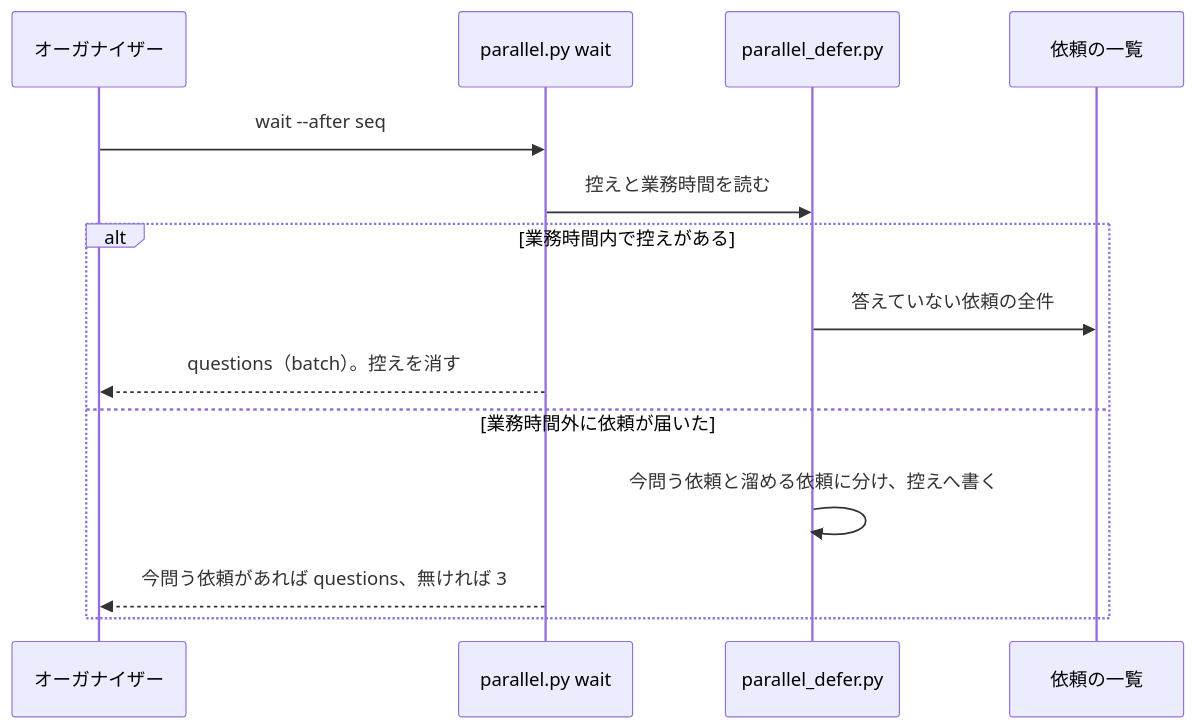
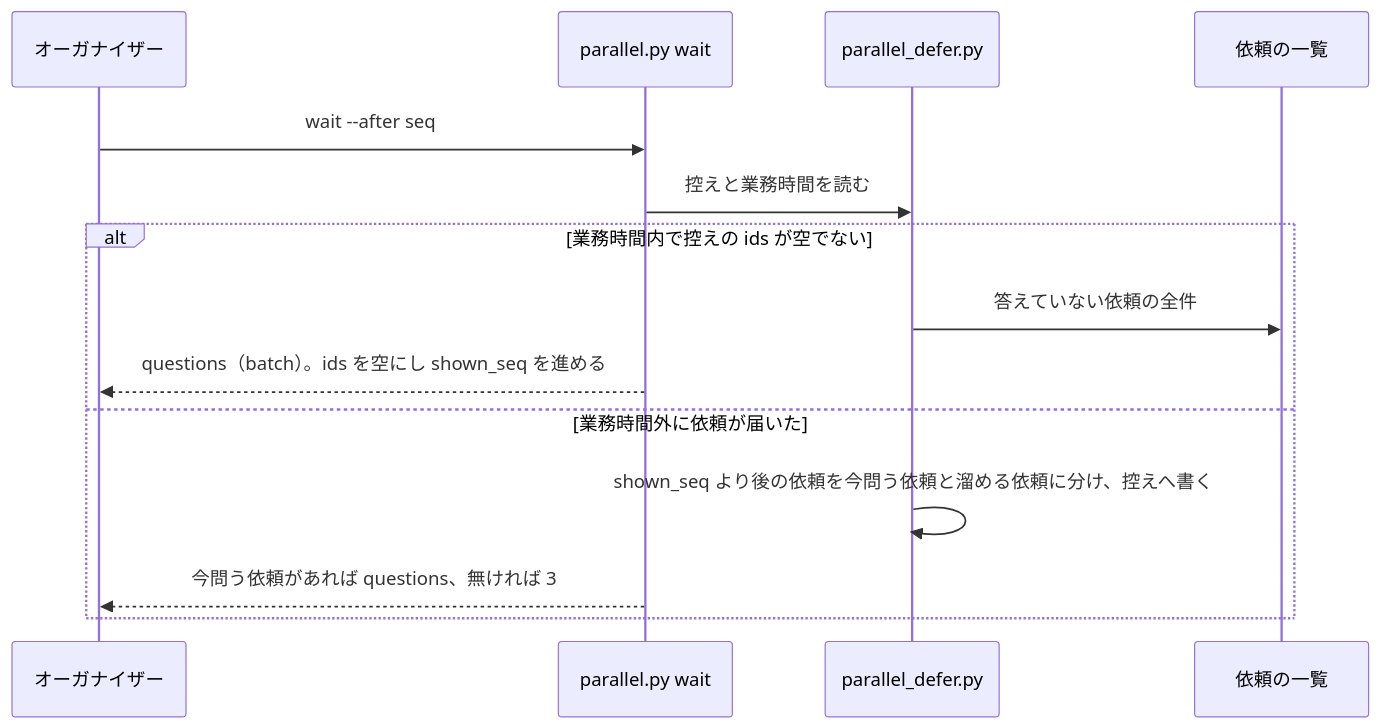
The fourth of 5 diagrams in issues/issue-2913-design.md (devbasex/ai-plugins), drawn with Mermaid before and after one commit. The commit also changed other lines of this file, not shown here.

````diff
--- a/issues/issue-2913-design.md
+++ b/issues/issue-2913-design.md
@@ -355,16 +361,16 @@
 ```mermaid
 sequenceDiagram
   participant O as オーガナイザー
   participant W as parallel.py wait
   participant D as parallel_defer.py
   participant Q as 依頼の一覧
   O->>W: wait --after seq
   W->>D: 控えと業務時間を読む
-  alt 業務時間内で控えがある
+  alt 業務時間内で控えの ids が空でない
     D->>Q: 答えていない依頼の全件
-    W-->>O: questions（batch）。控えを消す
+    W-->>O: questions（batch）。ids を空にし shown_seq を進める
   else 業務時間外に依頼が届いた
-    D->>D: 今問う依頼と溜める依頼に分け、控えへ書く
+    D->>D: shown_seq より後の依頼を今問う依頼と溜める依頼に分け、控えへ書く
     W-->>O: 今問う依頼があれば questions、無ければ 3
   end
 ```
````
